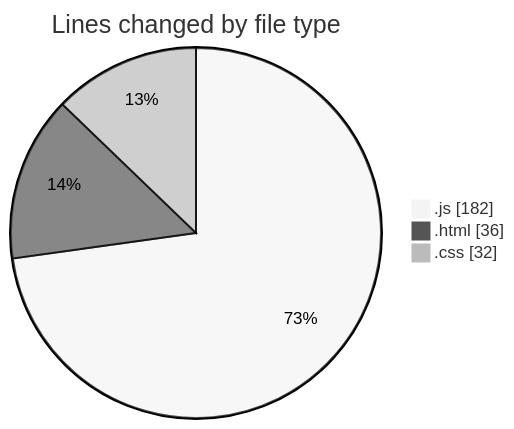
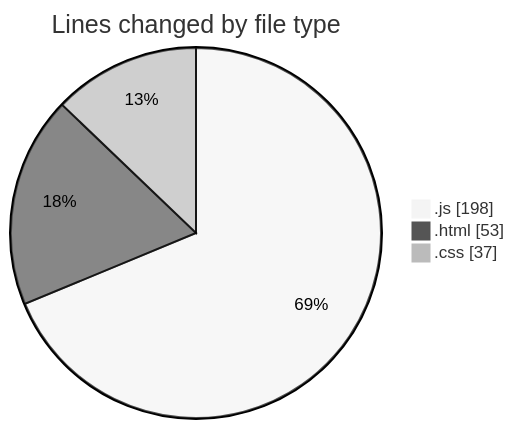
The first of 2 diagrams in 2025-01-24/projects/README.md (Ritupan-Deka/code-tracking), drawn with Mermaid (neutral theme) before and after one commit. The commit also changed other lines of this file and 1 other file, not shown here.

````diff
--- a/2025-01-24/projects/README.md
+++ b/2025-01-24/projects/README.md
@@ -29,7 +29,7 @@
 ```mermaid
 pie showData
 title Lines changed by file type
-".js" : 182
-".html" : 36
-".css" : 32
+".js" : 198
+".html" : 53
+".css" : 37
 ```
````
